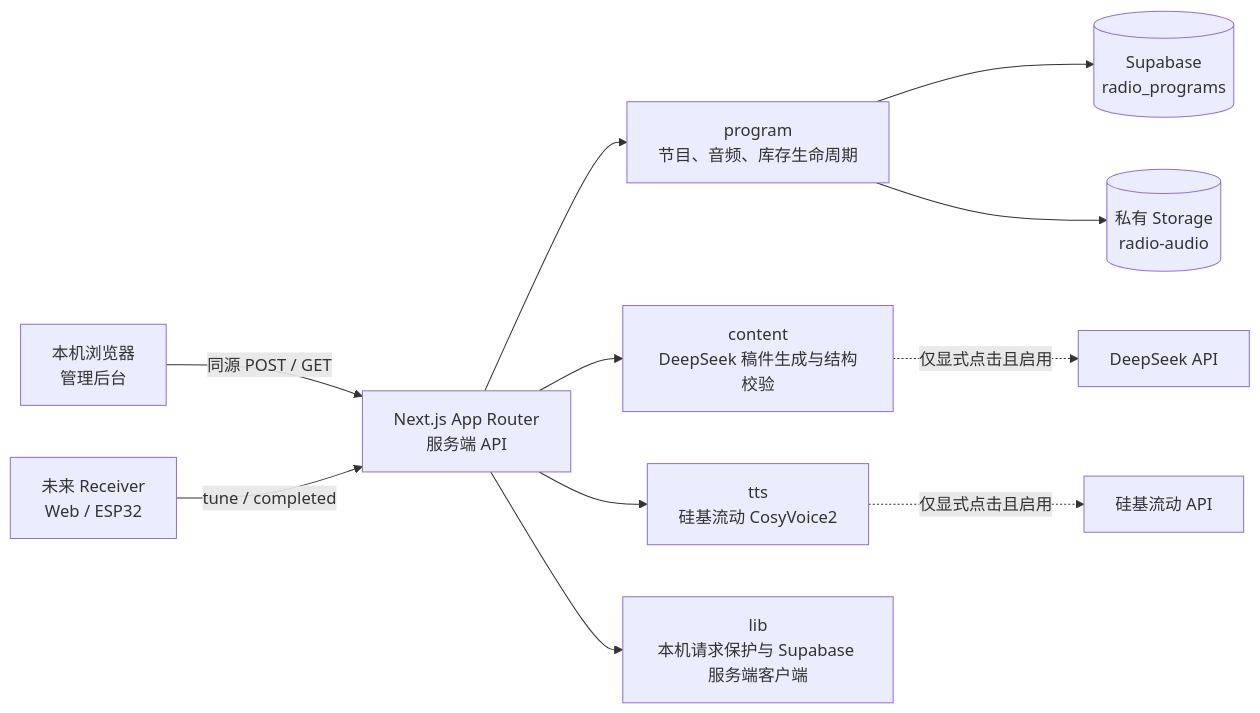
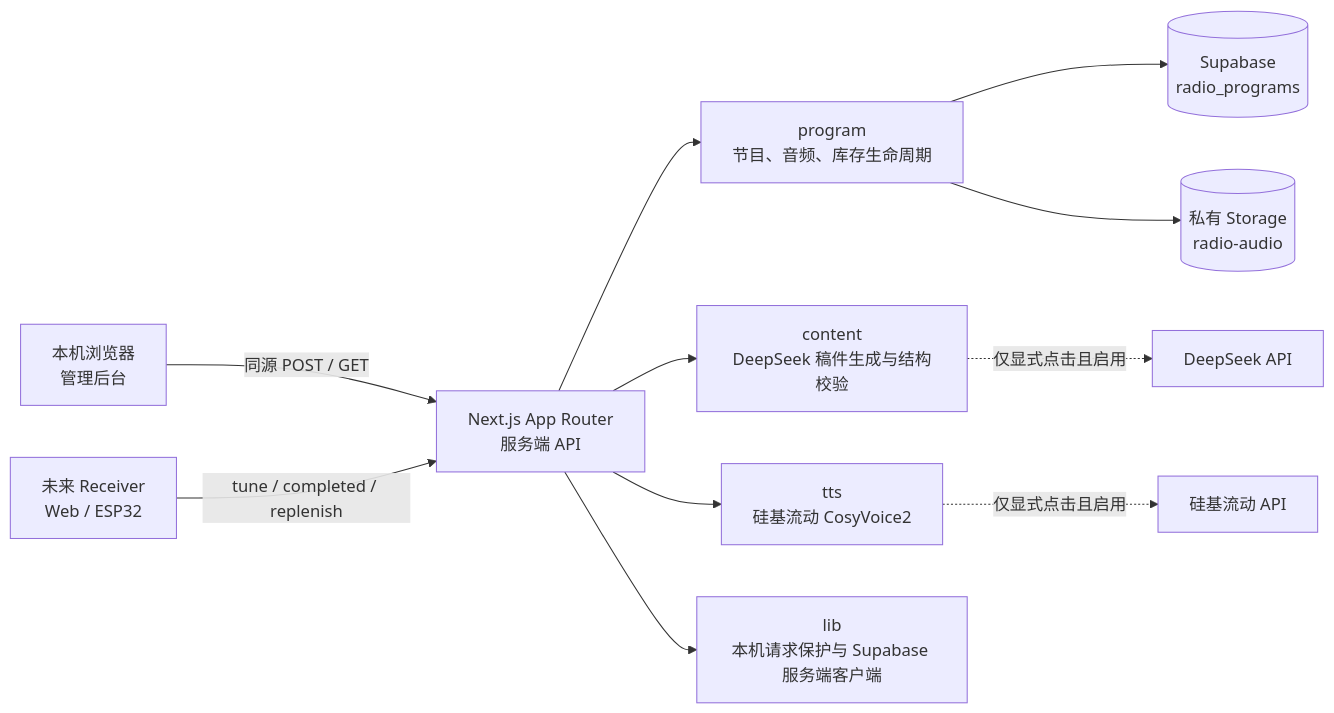
Before and after one commit to mayloveless/esp32: the first of 7 diagrams in radio/docs/architecture.md, drawn with Mermaid. The commit also changed other lines of this file and 13 other files, not shown here.

````diff
--- a/radio/docs/architecture.md
+++ b/radio/docs/architecture.md
@@ -16,15 +16,15 @@
 ```mermaid
 flowchart LR
   Admin[本机浏览器\n管理后台] -->|同源 POST / GET| Next[Next.js App Router\n服务端 API]
-  Receiver[未来 Receiver\nWeb / ESP32] -->|tune / completed| Next
+  Receiver[未来 Receiver\nWeb / ESP32] -->|tune / completed / replenish| Next
 
   Next --> Program[program\n节目、音频、库存生命周期]
   Next --> Content[content\nDeepSeek 稿件生成与结构校验]
   Next --> TTS[tts\n硅基流动 CosyVoice2]
   Next --> Guard[lib\n本机请求保护与 Supabase 服务端客户端]
 
   Program --> DB[(Supabase\nradio_programs)]
   Program --> Storage[(私有 Storage\nradio-audio)]
   Content -.仅显式点击且启用.-> DeepSeek[DeepSeek API]
   TTS -.仅显式点击且启用.-> SiliconFlow[硅基流动 API]
 ```
````
